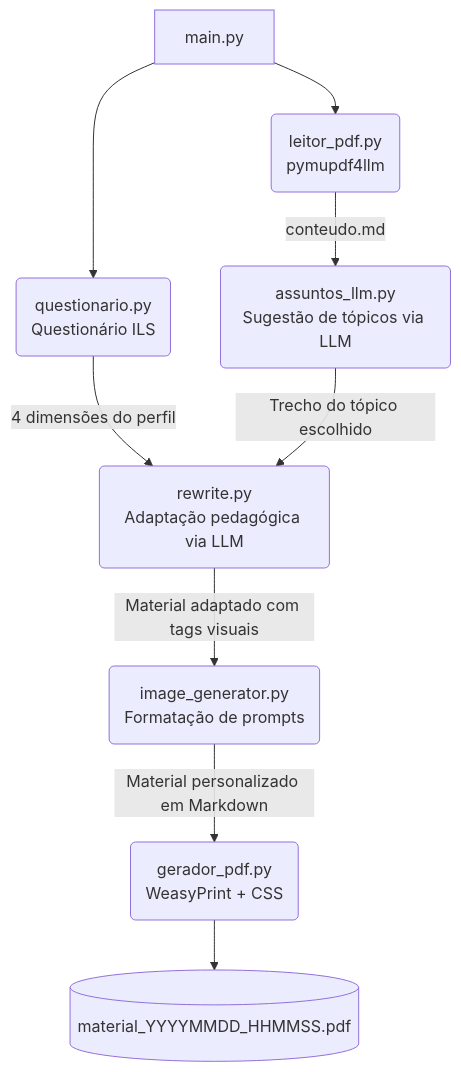
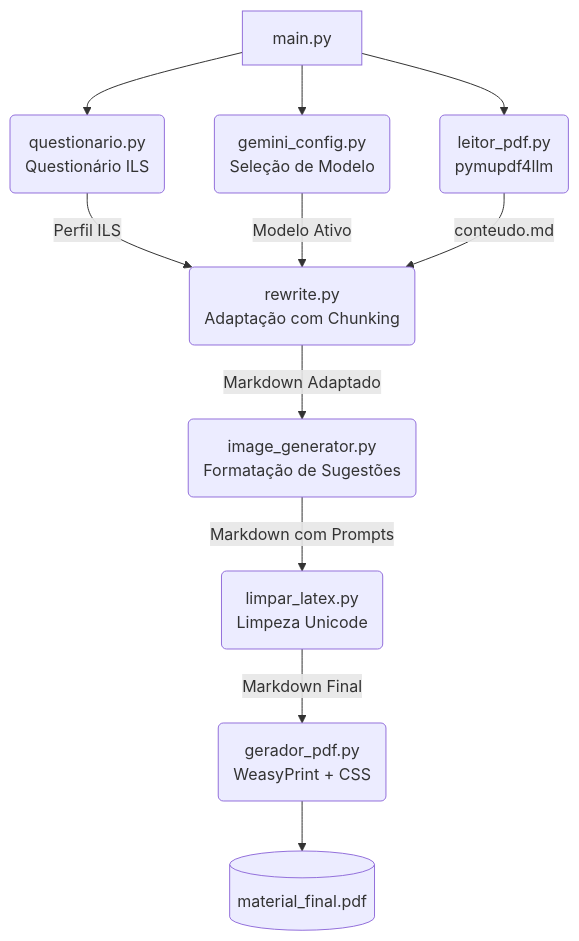
One commit to kristiano/projeto_versao_zero changed the diagram in README.md. Above: the diagram before and after it, drawn with Mermaid. The commit also changed other lines of this file and 6 other files, not shown here.

````diff
--- a/README.md
+++ b/README.md
@@ -65,18 +74,23 @@
 ```mermaid
 graph TD
     A[main.py] --> B(questionario.py\nQuestionário ILS)
-    B -->|4 dimensões do perfil| H
+    B -->|Perfil ILS| H
+
+    A --> C(gemini_config.py\nSeleção de Modelo)
+    C -->|Modelo Ativo| H
 
     A --> D(leitor_pdf.py\npymupdf4llm)
-    D -->|conteudo.md| F(assuntos_llm.py\nSugestão de tópicos via LLM)
-    F -->|Trecho do tópico escolhido| H
+    D -->|conteudo.md| H
 
-    H(rewrite.py\nAdaptação pedagógica via LLM)
-    H -->|Material adaptado com tags visuais| I
+    H(rewrite.py\nAdaptação com Chunking)
+    H -->|Markdown Adaptado| I
     
-    I(image_generator.py\nFormatação de prompts)
-    I -->|Material personalizado em Markdown| J
+    I(image_generator.py\nFormatação de Sugestões)
+    I -->|Markdown com Prompts| L
+
+    L(limpar_latex.py\nLimpeza Unicode)
+    L -->|Markdown Final| J
 
     J(gerador_pdf.py\nWeasyPrint + CSS)
-    J --> K[(material_YYYYMMDD_HHMMSS.pdf)]
+    J --> K[(material_final.pdf)]
 ```
````
